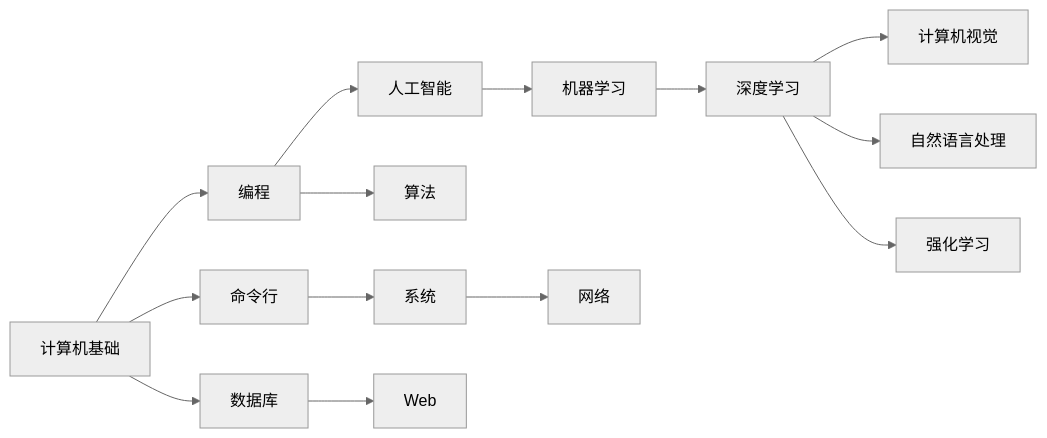
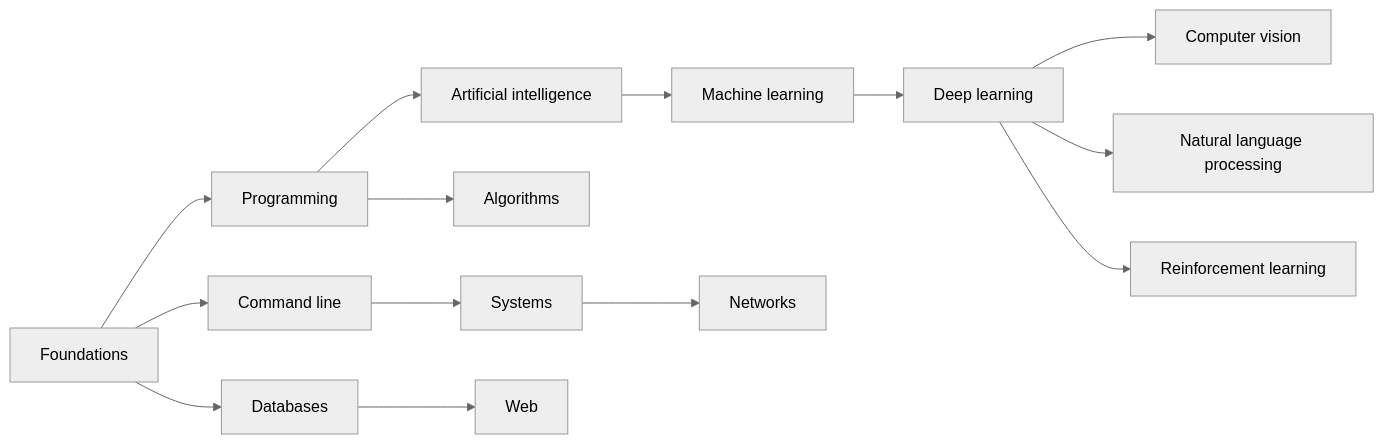
The diagram in docs/README.md (zachgaozihe/docsify), drawn with Mermaid (neutral theme) before and after one commit. The commit also changed other lines of this file and 29 other files, not shown here.

````diff
--- a/docs/README.md
+++ b/docs/README.md
@@ -21,8 +21,8 @@
 ```mermaid
 graph LR
-Intro[计算机基础] --> Programming[编程] --> AI[人工智能] --> ML[机器学习] --> DL[深度学习]
-DL --> CV[计算机视觉] & NLP[自然语言处理] & RL[强化学习]
-Programming --> Algorithm[算法]
-Intro --> CLI[命令行] --> System[系统] --> Network[网络]
-Intro --> Database[数据库] --> Web[Web]
+Intro[Foundations] --> Programming --> AI[Artificial intelligence] --> ML[Machine learning] --> DL[Deep learning]
+DL --> CV[Computer vision] & NLP[Natural language processing] & RL[Reinforcement learning]
+Programming --> Algorithm[Algorithms]
+Intro --> CLI[Command line] --> System[Systems] --> Network[Networks]
+Intro --> Database[Databases] --> Web
 ```
````
